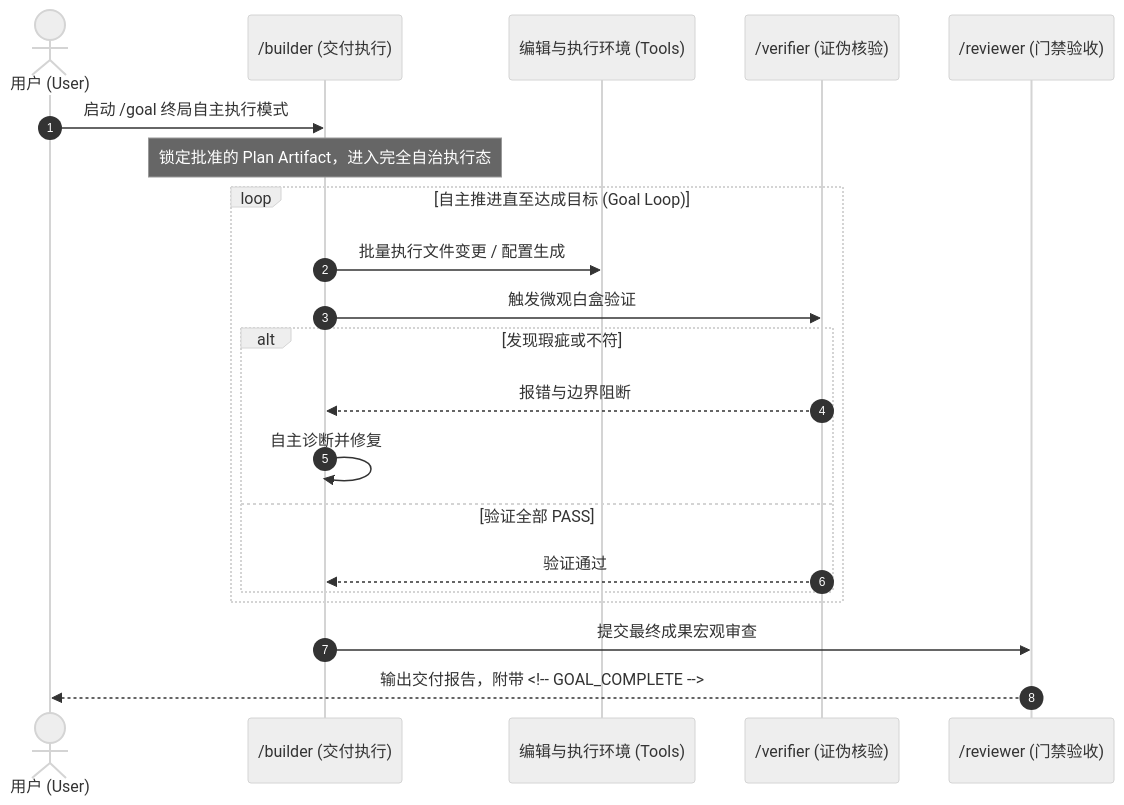
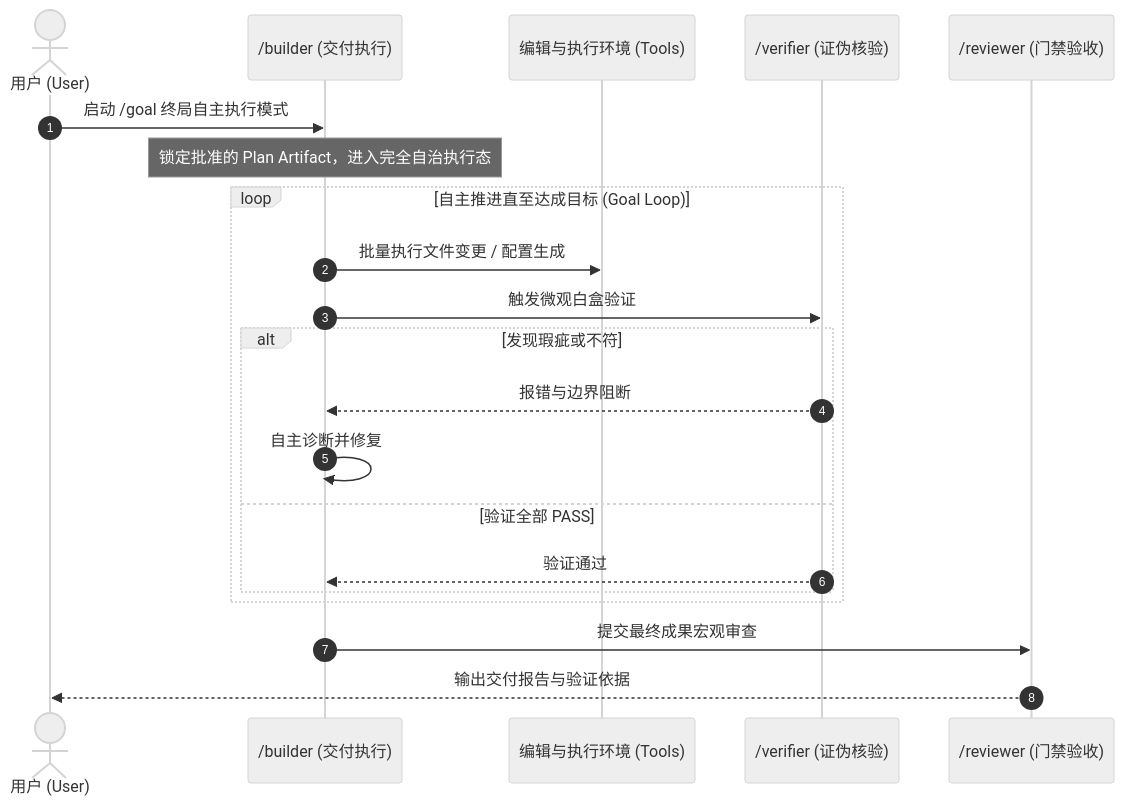
The third of 5 diagrams in config/docs/20260928_global_skills_asset_convergence_and_command_integration_architecture.md (TREYWANGCQU/.gemini), drawn with Mermaid (neutral theme) before and after one commit. The commit also changed other lines of this file and 53 other files, not shown here.

Commit message:
feat: add global skill configurations and integration architecture document

````diff
--- a/config/docs/20260928_global_skills_asset_convergence_and_command_integration_architecture.md
+++ b/config/docs/20260928_global_skills_asset_convergence_and_command_integration_architecture.md
@@ -111,24 +122,24 @@
 ```mermaid
 sequenceDiagram
     autonumber
     actor User as 用户 (User)
     participant Builder as /builder (交付执行)
     participant Tool as 编辑与执行环境 (Tools)
     participant Verifier as /verifier (证伪核验)
     participant Reviewer as /reviewer (门禁验收)
 
     User->>Builder: 启动 /goal 终局自主执行模式
     Note over Builder: 锁定批准的 Plan Artifact，进入完全自治执行态
     loop 自主推进直至达成目标 (Goal Loop)
         Builder->>Tool: 批量执行文件变更 / 配置生成
         Builder->>Verifier: 触发微观白盒验证
         alt 发现瑕疵或不符
             Verifier-->>Builder: 报错与边界阻断
             Builder->>Builder: 自主诊断并修复
         else 验证全部 PASS
             Verifier-->>Builder: 验证通过
         end
     end
     Builder->>Reviewer: 提交最终成果宏观审查
-    Reviewer-->>User: 输出交付报告，附带 <!-- GOAL_COMPLETE -->
+    Reviewer-->>User: 输出交付报告与验证依据
 ```
````
